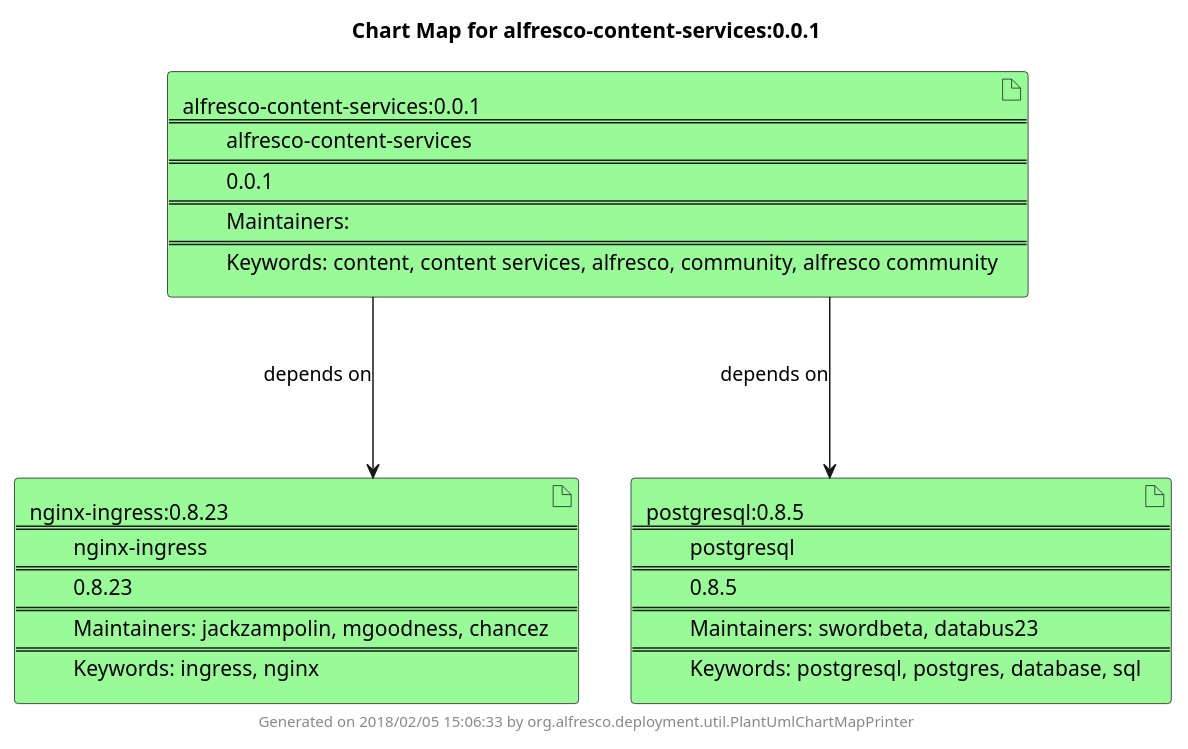
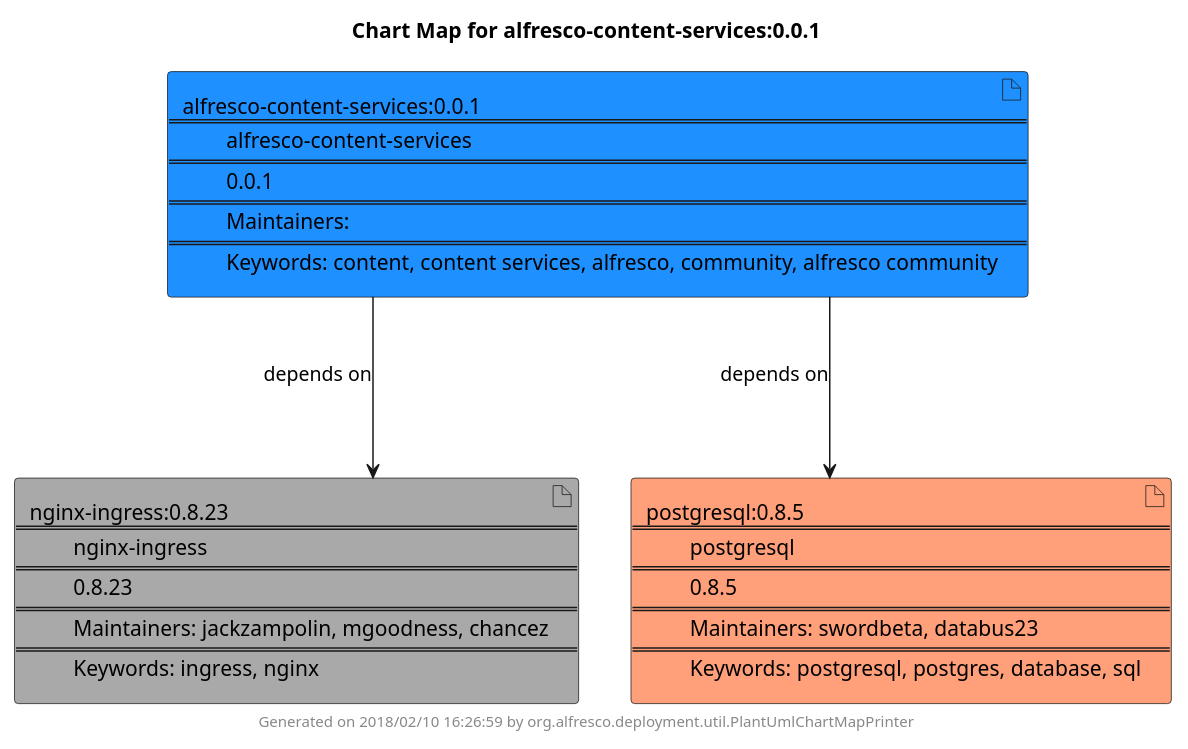
Before and after one commit to AlfrescoLabs/alfresco-anaxes-chartmap: the diagram in resource/example/alfresco-content-services.puml, drawn with PlantUML. The commit also changed 4 other files, not shown here.

Commit message:
added color support for PlantUML

```diff
--- a/resource/example/alfresco-content-services.puml
+++ b/resource/example/alfresco-content-services.puml
@@ -1,11 +1,11 @@
 @startuml
 skinparam linetype ortho
 title Chart Map for alfresco-content-services:0.0.1
 'There are 3 referenced Helm Charts
-artifact "nginx-ingress:0.8.23\n====\n\tnginx-ingress\n====\n\t0.8.23\n====\n\tMaintainers: jackzampolin, mgoodness, chancez\n====\n\tKeywords: ingress, nginx" as nginx_ingress_0_8_23 #PaleGreen
-artifact "alfresco-content-services:0.0.1\n====\n\talfresco-content-services\n====\n\t0.0.1\n====\n\tMaintainers: \n====\n\tKeywords: content, content services, alfresco, community, alfresco community" as alfresco_content_services_0_0_1 #PaleGreen
-artifact "postgresql:0.8.5\n====\n\tpostgresql\n====\n\t0.8.5\n====\n\tMaintainers: swordbeta, databus23\n====\n\tKeywords: postgresql, postgres, database, sql" as postgresql_0_8_5 #PaleGreen
+artifact "nginx-ingress:0.8.23\n====\n\tnginx-ingress\n====\n\t0.8.23\n====\n\tMaintainers: jackzampolin, mgoodness, chancez\n====\n\tKeywords: ingress, nginx" as nginx_ingress_0_8_23 #DarkGrey
+artifact "alfresco-content-services:0.0.1\n====\n\talfresco-content-services\n====\n\t0.0.1\n====\n\tMaintainers: \n====\n\tKeywords: content, content services, alfresco, community, alfresco community" as alfresco_content_services_0_0_1 #DodgerBlue
+artifact "postgresql:0.8.5\n====\n\tpostgresql\n====\n\t0.8.5\n====\n\tMaintainers: swordbeta, databus23\n====\n\tKeywords: postgresql, postgres, database, sql" as postgresql_0_8_5 #LightSalmon
 alfresco_content_services_0_0_1--->nginx_ingress_0_8_23:depends on
 alfresco_content_services_0_0_1--->postgresql_0_8_5:depends on
-center footer Generated on 2018/02/05 15:06:33 by org.alfresco.deployment.util.PlantUmlChartMapPrinter
+center footer Generated on 2018/02/10 16:26:59 by org.alfresco.deployment.util.PlantUmlChartMapPrinter
 @enduml
```
